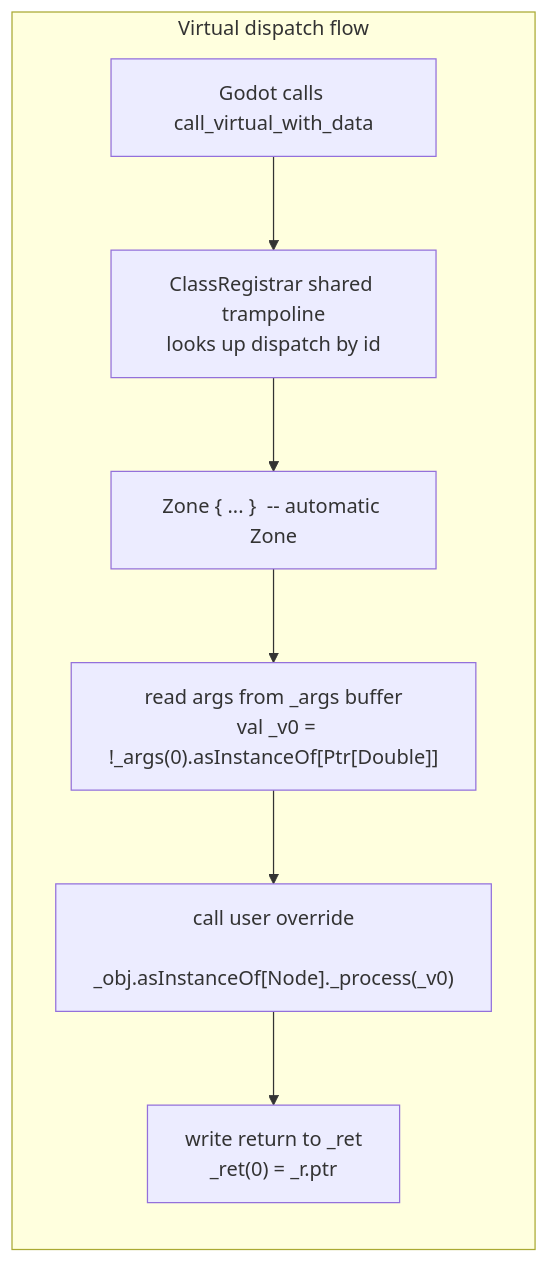
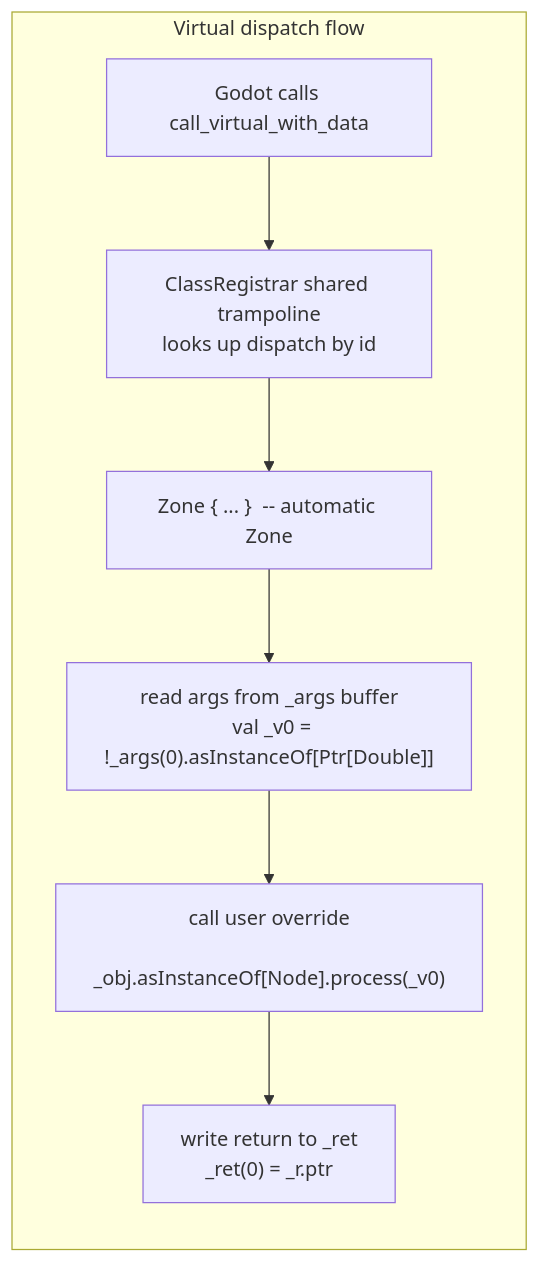
The second of 4 diagrams in docs/13-generated-virtual-dispatch.md (julian-avar/gdext-sc-native), drawn with Mermaid before and after one commit. The commit also changed other lines of this file and 53 other files, not shown here.

````diff
--- a/docs/13-generated-virtual-dispatch.md
+++ b/docs/13-generated-virtual-dispatch.md
@@ -54,12 +55,12 @@
 ```mermaid
 flowchart LR
     subgraph "Virtual dispatch flow"
         GODOT[Godot calls call_virtual_with_data]
         TRAMP[ClassRegistrar shared trampoline\nlooks up dispatch by id]
         ZONE["Zone { ... }  -- automatic Zone"]
         UNMARSHAL["read args from _args buffer\n  val _v0 = !_args(0).asInstanceOf[Ptr[Double]]"]
-        CALL["call user override\n  _obj.asInstanceOf[Node]._process(_v0)"]
+        CALL["call user override\n  _obj.asInstanceOf[Node].process(_v0)"]
         MARSHAL["write return to _ret\n  _ret(0) = _r.ptr"]
     end
     GODOT --> TRAMP --> ZONE --> UNMARSHAL --> CALL --> MARSHAL
 ```
````
